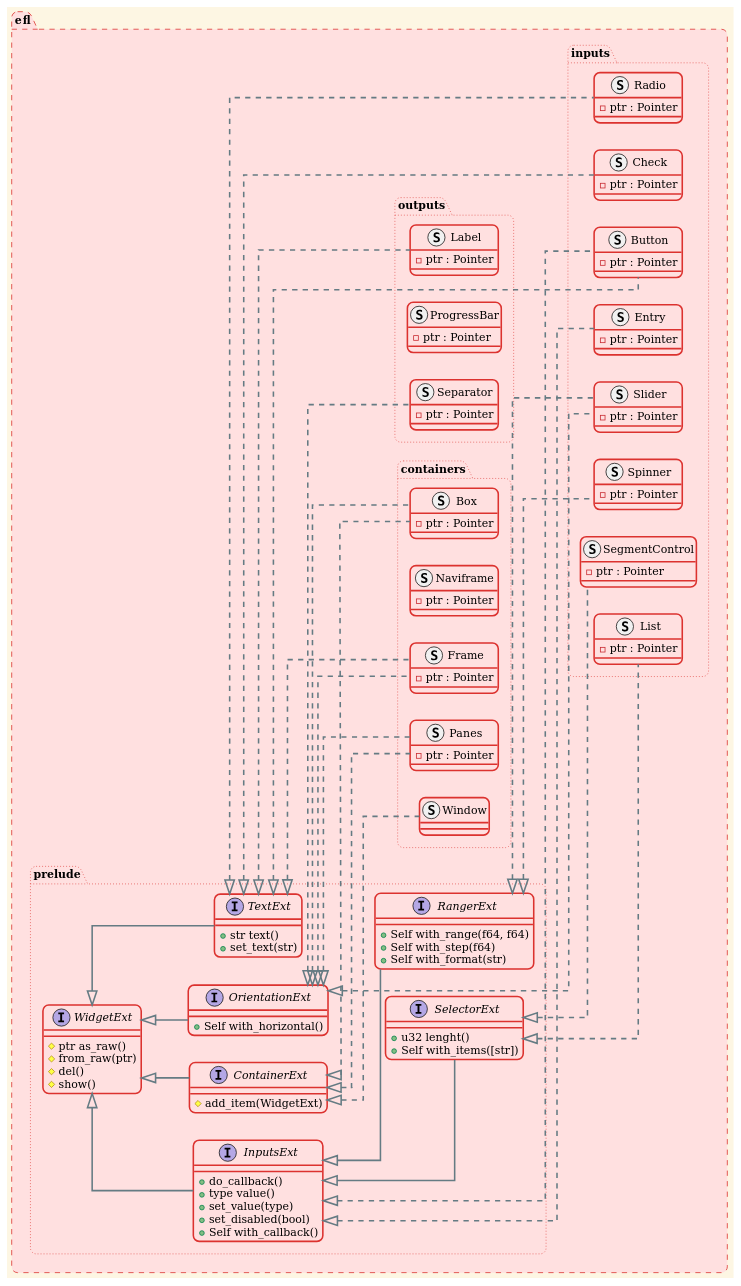
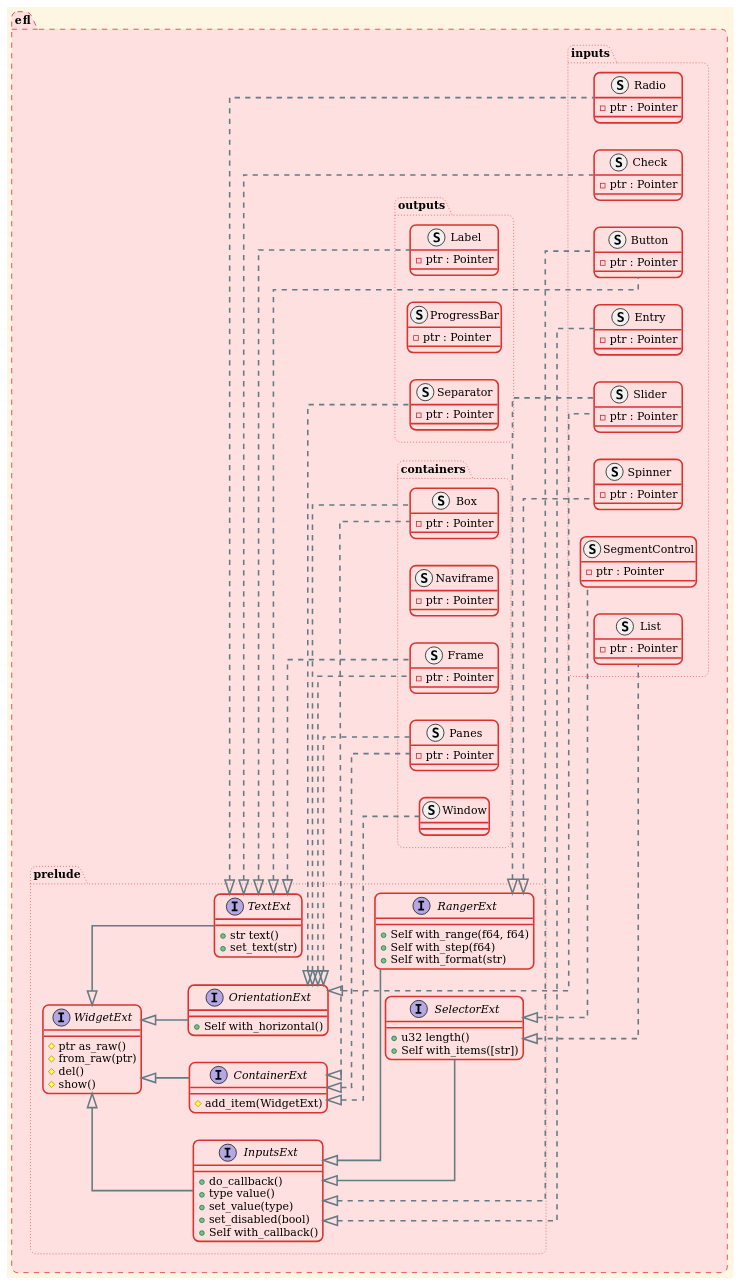
One commit to theavege/efl-rs changed the diagram in README.md. Above: the diagram before and after it, drawn with PlantUML. The commit also changed 2 other files, not shown here.

Commit message:
Fix: Correct 'lenght' typo to 'length' throughout codebase (#33)
- Fixed typo in SelectorExt trait definition in prelude.rs
- Fixed typo in Menu, List, and SegmentControl implementations in lib.rs
- Fixed typo in Update trait implementations in prelude.rs
- Fixed typo in UML diagram in README.md

Total: 10 occurrences corrected across 3 files.

```diff
--- a/README.md
+++ b/README.md
@@ -146,7 +146,7 @@
             +Self with_format(str)
         }
         interface SelectorExt {
-            +u32 lenght()
+            +u32 length()
             +Self with_items([str])
         }
         interface OrientationExt extends WidgetExt
```
